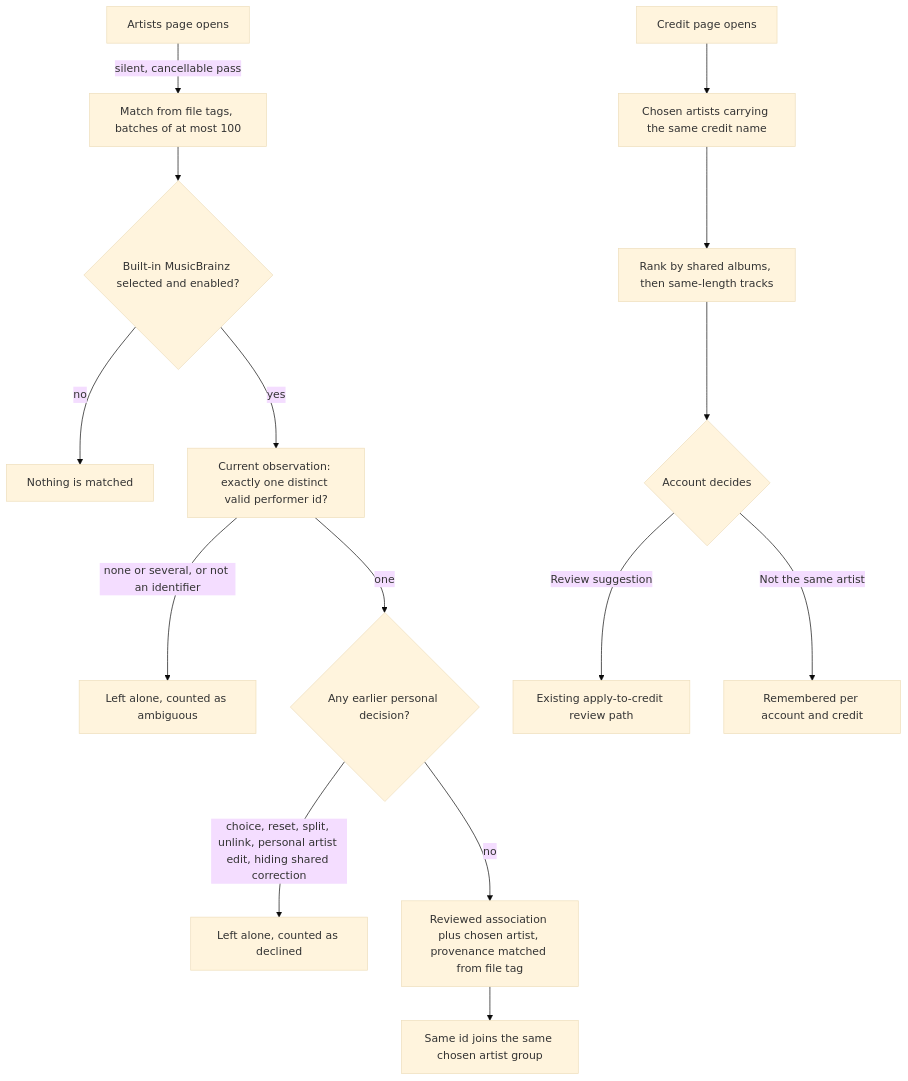
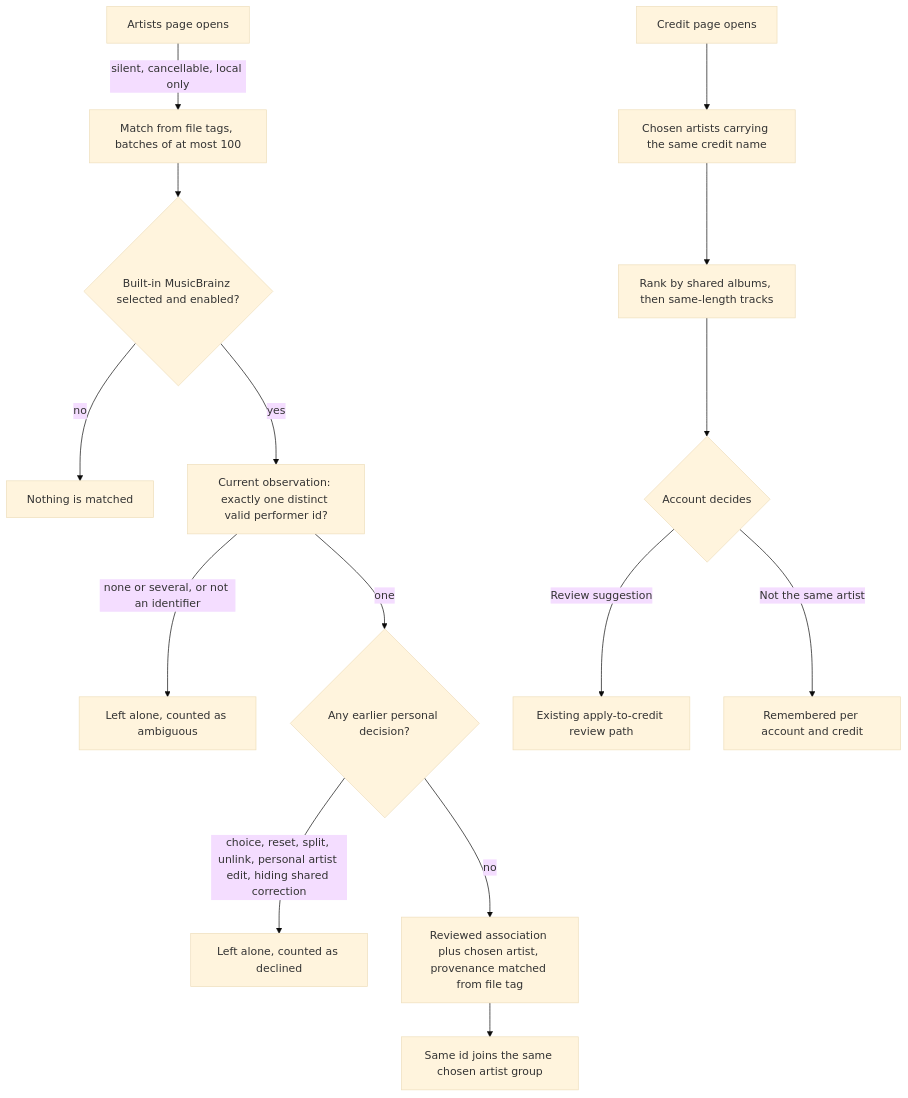
Before and after one commit to acidiney/hitoapp: the first of 2 diagrams in docs/artist-matching.md, drawn with Mermaid (base theme). The commit also changed other lines of this file and 6 other files, not shown here.

````diff
--- a/docs/artist-matching.md
+++ b/docs/artist-matching.md
@@ -14,17 +16,17 @@
 ```mermaid
 flowchart TD
-    Page[Artists page opens] -->|silent, cancellable pass| Run[Match from file tags, batches of at most 100]
+    Page[Artists page opens] -->|silent, cancellable, local only| Run[Match from file tags, batches of at most 100]
     Run --> Policy{Built-in MusicBrainz selected and enabled?}
     Policy -->|no| Nothing[Nothing is matched]
     Policy -->|yes| Tags[Current observation: exactly one distinct valid performer id?]
     Tags -->|none or several, or not an identifier| Skip[Left alone, counted as ambiguous]
     Tags -->|one| Decided{Any earlier personal decision?}
     Decided -->|choice, reset, split, unlink, personal artist edit, hiding shared correction| Declined[Left alone, counted as declined]
     Decided -->|no| Apply[Reviewed association plus chosen artist, provenance matched from file tag]
     Apply --> Group[Same id joins the same chosen artist group]
     Credit[Credit page opens] --> Suggest[Chosen artists carrying the same credit name]
     Suggest --> Rank[Rank by shared albums, then same-length tracks]
     Rank --> Choice{Account decides}
     Choice -->|Review suggestion| Existing[Existing apply-to-credit review path]
     Choice -->|Not the same artist| Dismiss[Remembered per account and credit]
 ```
````
